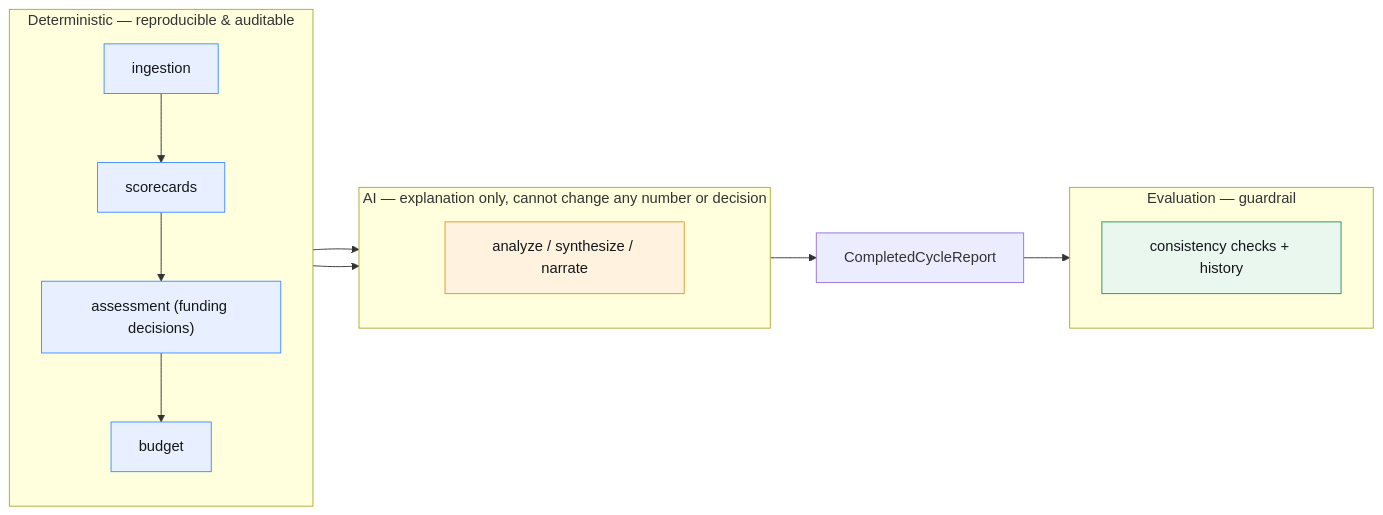
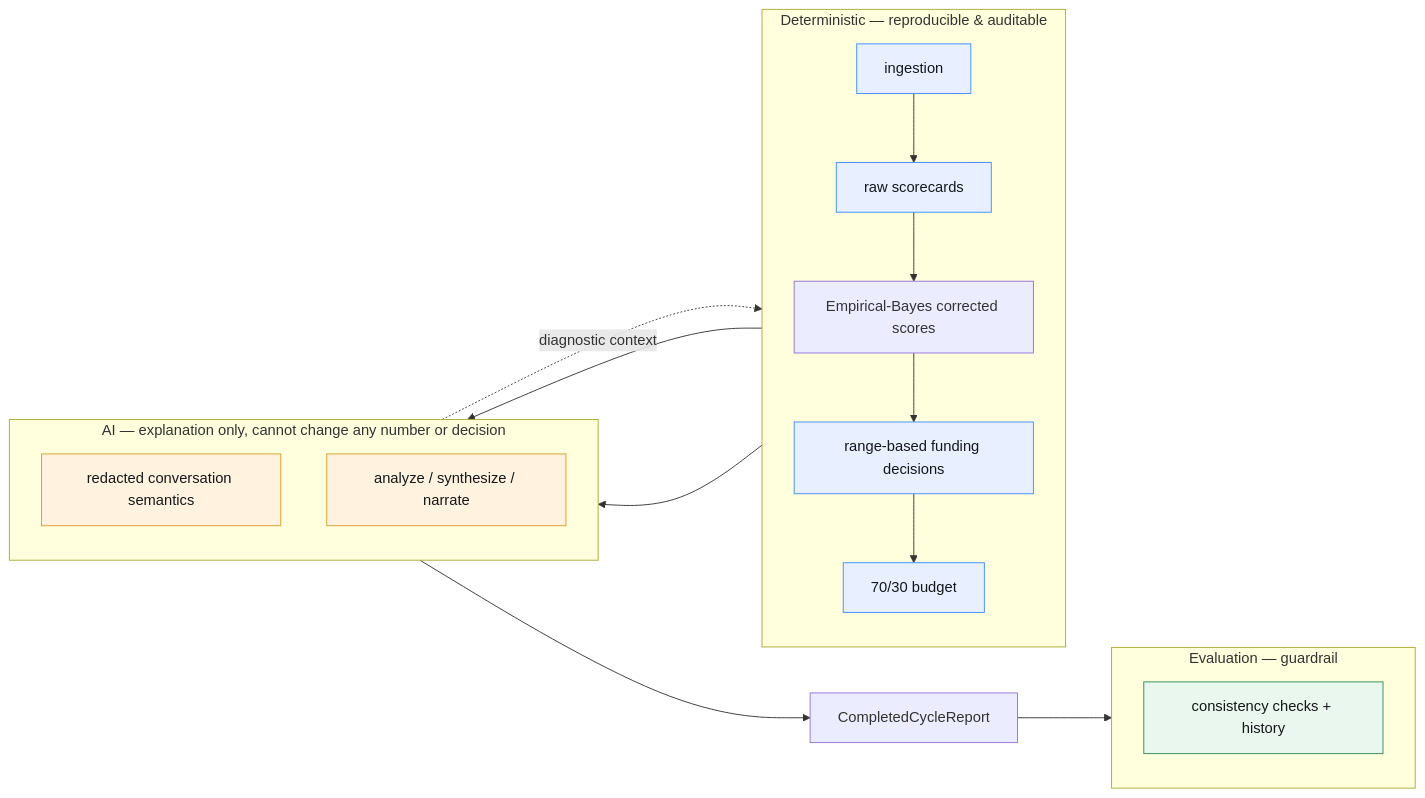
The fifth of 5 diagrams in src_2/docs/architecture.md (WaelMohsen/Team2-MarketingExpert), drawn with Mermaid before and after one commit. The commit also changed other lines of this file and 55 other files, not shown here.

````diff
--- a/src_2/docs/architecture.md
+++ b/src_2/docs/architecture.md
@@ -146,27 +148,29 @@
 ```mermaid
 flowchart LR
     subgraph DET["Deterministic — reproducible & auditable"]
         direction TB
-        I[ingestion] --> S[scorecards] --> A["assessment (funding decisions)"] --> BU[budget]
+        I[ingestion] --> S["raw scorecards"] --> EB["Empirical-Bayes corrected scores"] --> A["range-based funding decisions"] --> BU["70/30 budget"]
     end
     subgraph AI["AI — explanation only, cannot change any number or decision"]
         direction TB
+        C["redacted conversation semantics"]
         N["analyze / synthesize / narrate"]
     end
     subgraph CHK["Evaluation — guardrail"]
         direction TB
         E["consistency checks + history"]
     end
 
     A --> N
     BU --> N
+    C -. diagnostic context .-> S
     N --> R[CompletedCycleReport]
     R --> E
 
     classDef det fill:#e8f0ff,stroke:#3D8DFF,color:#15171a;
     classDef ai fill:#fff3e0,stroke:#D89A2B,color:#15171a;
     classDef chk fill:#e9f7ef,stroke:#2E8B57,color:#15171a;
     class I,S,A,BU det;
-    class N ai;
+    class C,N ai;
     class E chk;
 ```
````
